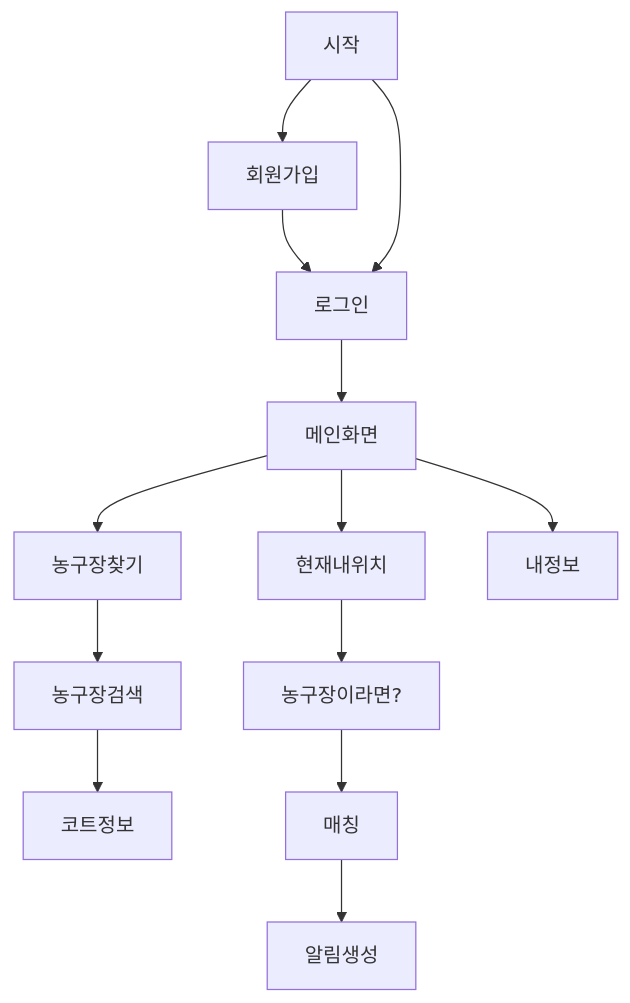
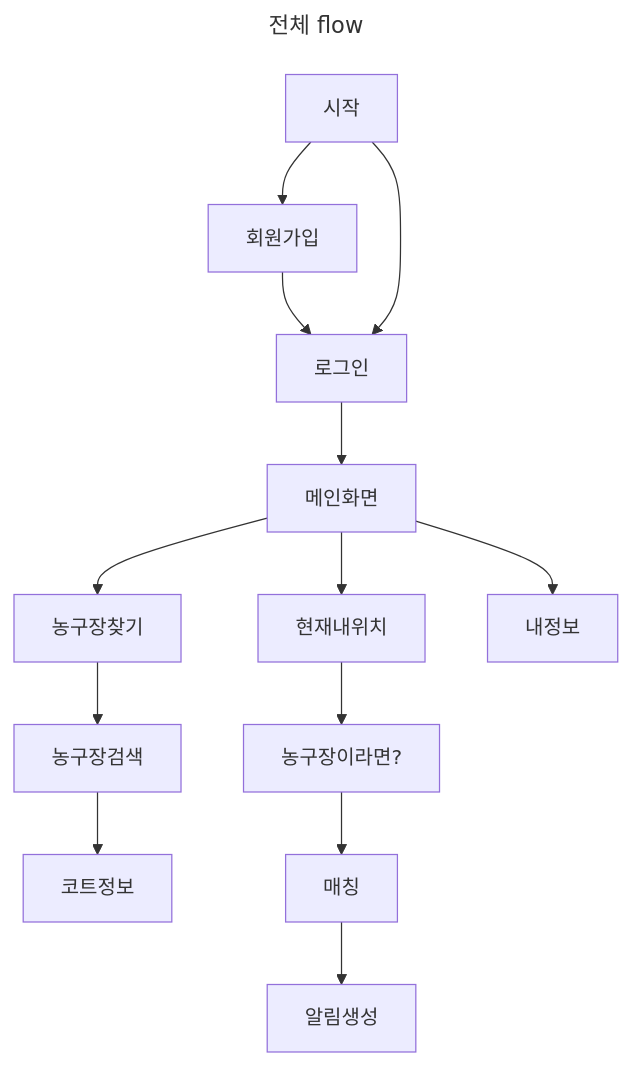
One commit to jay91537/CourtNet changed the first of 4 diagrams in Flowchart.md. Above: the diagram before and after it, drawn with Mermaid. The commit also changed other lines of this file, not shown here.

First line of the commit message:
Docs : Flowchart 수정 및 추가

````diff
--- a/Flowchart.md
+++ b/Flowchart.md
@@ -2,18 +3,21 @@
 ```mermaid
+---
+title : 전체 flow
+---
 flowchart TD
 	시작-->회원가입
 	회원가입-->로그인
 	시작-->로그인
 	로그인-->메인화면
 	
 	메인화면-->농구장찾기
 	농구장찾기-->농구장검색
 	농구장검색-->코트정보
 	
 	메인화면-->현재내위치
   현재내위치-->농구장이라면?
   농구장이라면?-->매칭
 	매칭-->알림생성
 	
 	메인화면-->내정보
 ```
````
